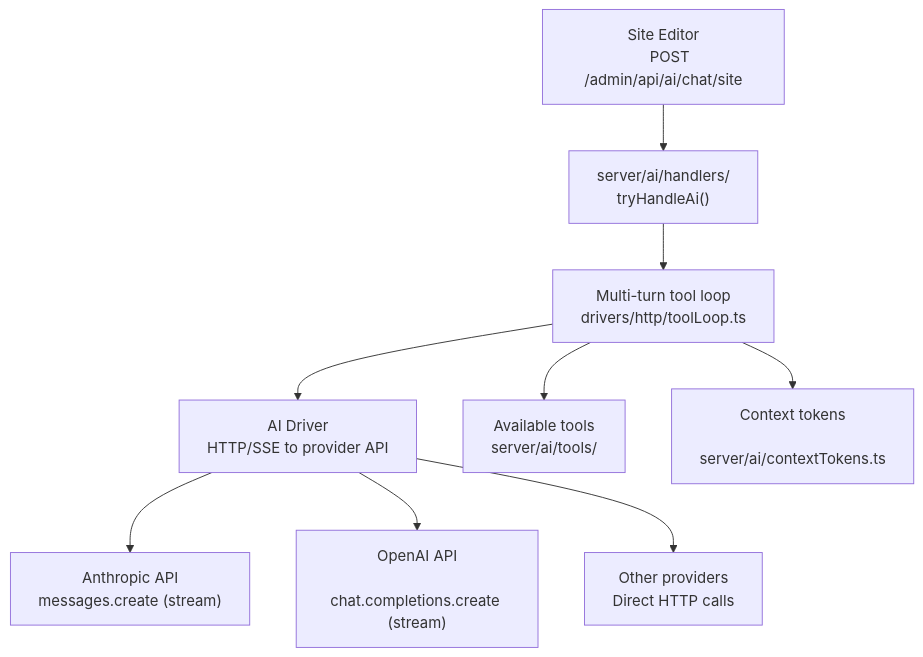
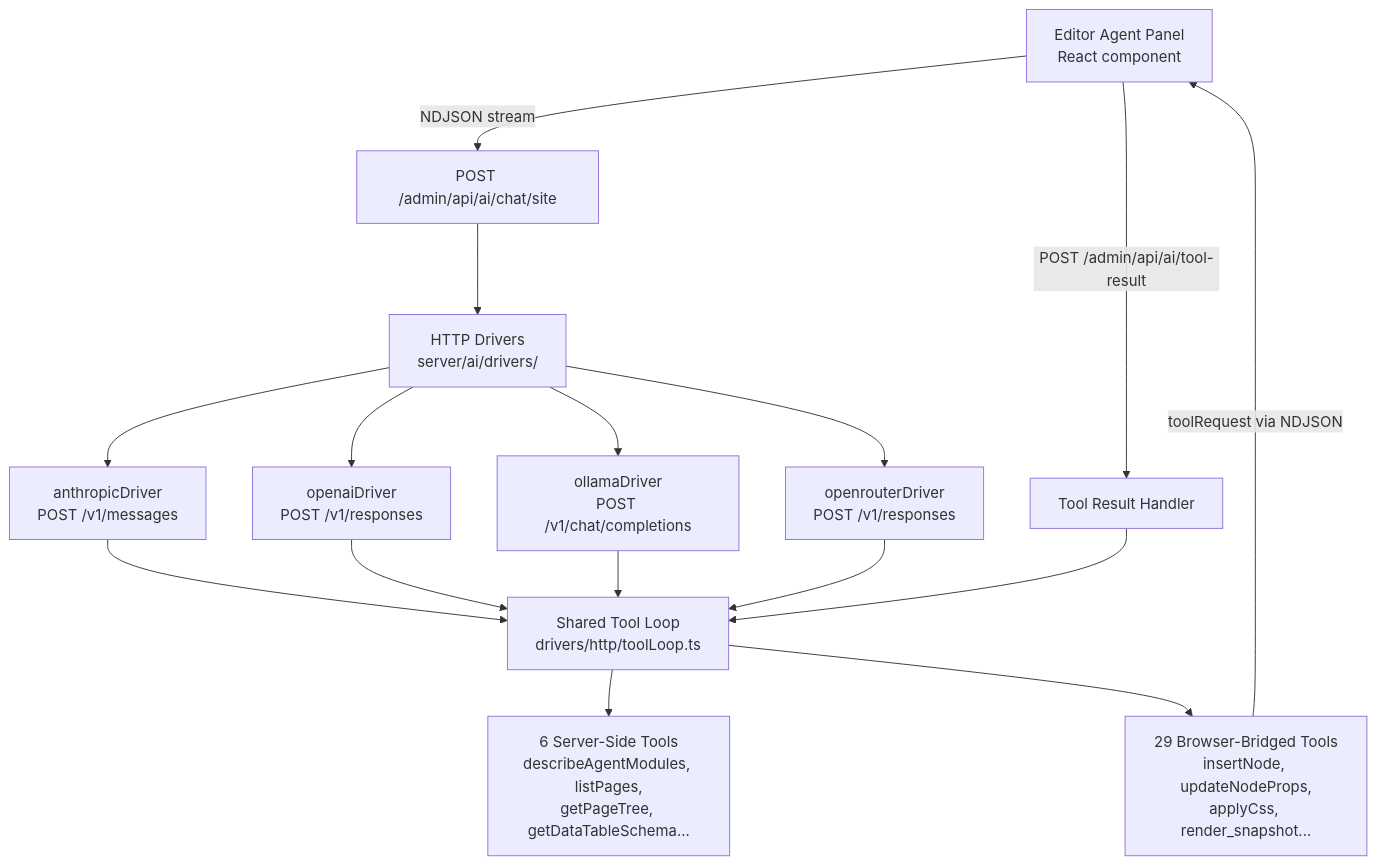
One commit to ewe-studios/explorations changed the diagram in [src.AI]/src.Instatic/markdown/06-ai-runtime.md. Above: the diagram before and after it, drawn with Mermaid. The commit also changed other lines of this file and 41 other files, not shown here.

First line of the commit message:
UPDATE: src.AI — deep-dive rewrites for Moltis (overview, gateway, agent loop, channels, providers, tools/sandbox) and Instatic (overview, core engine, AI runtime). Source-level depth with actual types, function signatures, mermaid diagrams, and Aha moments.

````diff
--- a/[src.AI]/src.Instatic/markdown/06-ai-runtime.md
+++ b/[src.AI]/src.Instatic/markdown/06-ai-runtime.md
@@ -9,20 +13,19 @@
 ```mermaid
 flowchart TD
-    EDITOR["Site Editor
-    POST /admin/api/ai/chat/site"] --> HANDLER["server/ai/handlers/
-    tryHandleAi()"]
-    HANDLER --> LOOP["Multi-turn tool loop
-    drivers/http/toolLoop.ts"]
-    LOOP --> DRIVER["AI Driver
-    HTTP/SSE to provider API"]
-    DRIVER --> ANTHROPIC["Anthropic API
-    messages.create (stream)"]
-    DRIVER --> OPENAI["OpenAI API
-    chat.completions.create (stream)"]
-    DRIVER --> OTHER["Other providers
-    Direct HTTP calls"]
-    LOOP --> TOOLS["Available tools
-    server/ai/tools/"]
-    LOOP --> CONTEXT["Context tokens
-    server/ai/contextTokens.ts"]
+    Editor["Editor Agent Panel<br/>React component"] -->|"NDJSON stream"| AIEndpoint["POST /admin/api/ai/chat/site"]
+
+    AIEndpoint --> Drivers["HTTP Drivers<br/>server/ai/drivers/"]
+    Drivers --> Anthropic["anthropicDriver<br/>POST /v1/messages"]
+    Drivers --> OpenAI["openaiDriver<br/>POST /v1/responses"]
+    Drivers --> Ollama["ollamaDriver<br/>POST /v1/chat/completions"]
+    Drivers --> OpenRouter["openrouterDriver<br/>POST /v1/responses"]
+
+    Anthropic & OpenAI & Ollama & OpenRouter --> ToolLoop["Shared Tool Loop<br/>drivers/http/toolLoop.ts"]
+
+    ToolLoop --> ServerTools["6 Server-Side Tools<br/>describeAgentModules, listPages,<br/>getPageTree, getDataTableSchema..."]
+    ToolLoop --> BridgeTools["29 Browser-Bridged Tools<br/>insertNode, updateNodeProps,<br/>applyCss, render_snapshot..."]
+
+    BridgeTools -->|"toolRequest via NDJSON"| Editor
+    Editor -->|"POST /admin/api/ai/tool-result"| ToolResult["Tool Result Handler"]
+    ToolResult --> ToolLoop
 ```
````
